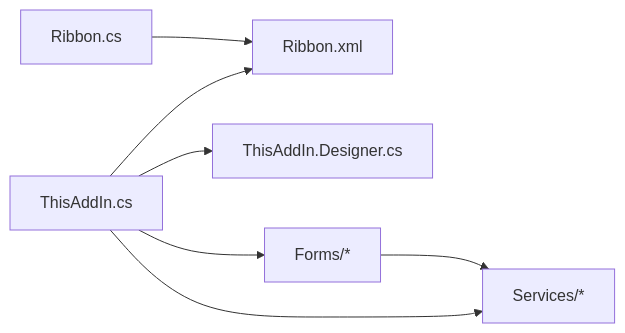
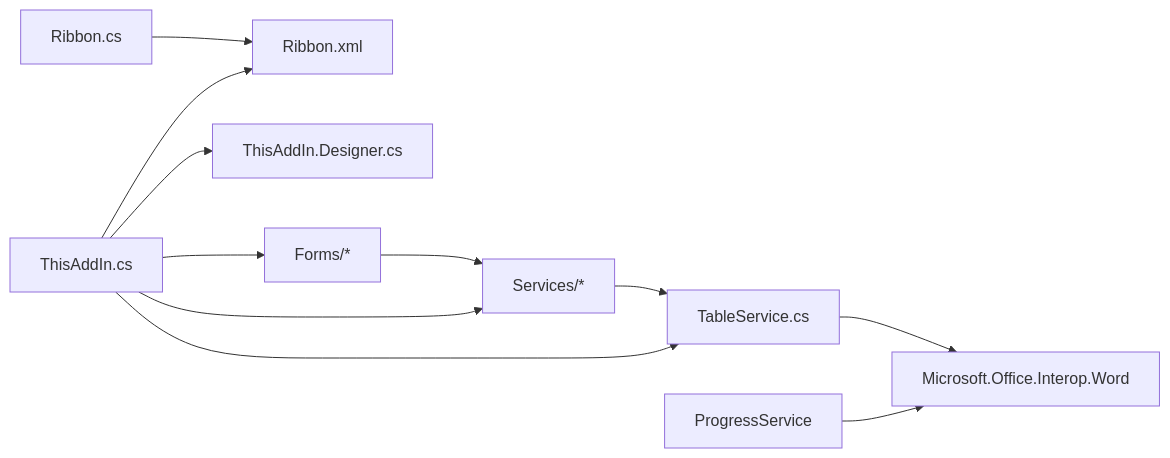
The seventh of 7 diagrams in .qoder/repowiki/zh/content/架构设计/插件入口点.md (rainiva/WordTools), drawn with Mermaid before and after one commit. The commit also changed other lines of this file and 12 other files, not shown here.

````diff
--- a/.qoder/repowiki/zh/content/架构设计/插件入口点.md
+++ b/.qoder/repowiki/zh/content/架构设计/插件入口点.md
@@ -304,9 +395,13 @@
 ```mermaid
 graph LR
 ThisAddIn["ThisAddIn.cs"] --> RibbonXML["Ribbon.xml"]
 ThisAddIn --> Globals["ThisAddIn.Designer.cs"]
 ThisAddIn --> Forms["Forms/*"]
 ThisAddIn --> Services["Services/*"]
+ThisAddIn --> TableService["TableService.cs"]
 Ribbon["Ribbon.cs"] --> RibbonXML
 Forms --> Services
+Services --> TableService
+TableService --> WordInterop["Microsoft.Office.Interop.Word"]
+ProgressService --> WordInterop
 ```
````
